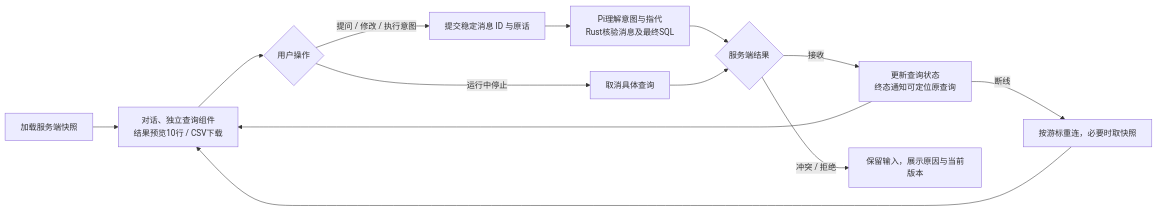
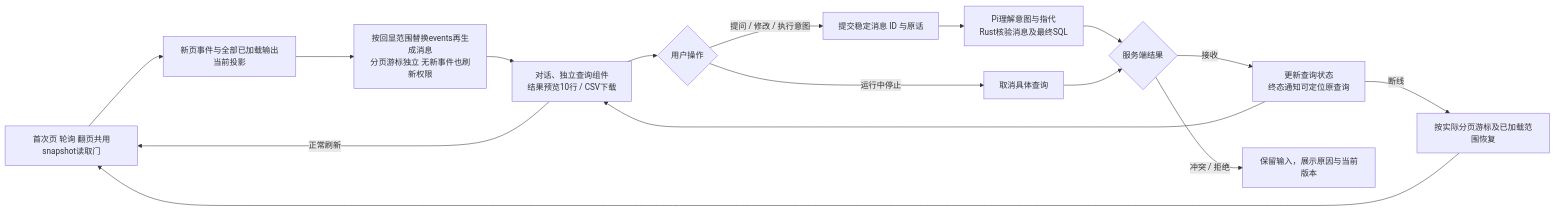
The ninth of 12 diagrams in docs/architecture/implementation-views.md (yaoziyaoguai/data_agent), drawn with Mermaid before and after one commit. The commit also changed other lines of this file and 34 other files, not shown here.

First line of the commit message:
docs: synchronize architecture and local trial guidance

````diff
--- a/docs/architecture/implementation-views.md
+++ b/docs/architecture/implementation-views.md
@@ -350,14 +363,17 @@
 ```mermaid
 flowchart LR
-  A["加载服务端快照"] --> B["对话、独立查询组件<br/>结果预览10行 / CSV下载"]
+  A["首次页 轮询 翻页共用snapshot读取门"] --> P["新页事件与全部已加载输出当前投影"]
+  P --> Merge["按回显范围替换events再生成消息<br/>分页游标独立 无新事件也刷新权限"]
+  Merge --> B["对话、独立查询组件<br/>结果预览10行 / CSV下载"]
+  B -->|正常刷新| A
   B --> C{"用户操作"}
   C -->|提问 / 修改 / 执行意图| D["提交稳定消息 ID 与原话"]
   C -->|运行中停止| E["取消具体查询"]
   D --> Pi["Pi理解意图与指代<br/>Rust核验消息及最终SQL"]
   Pi & E --> F{"服务端结果"}
   F -->|接收| G["更新查询状态<br/>终态通知可定位原查询"]
   F -->|冲突 / 拒绝| H["保留输入，展示原因与当前版本"]
   G --> B
-  G -->|断线| I["按游标重连，必要时取快照"]
-  I --> B
+  G -->|断线| I["按实际分页游标及已加载范围恢复"]
+  I --> A
 ```
````
